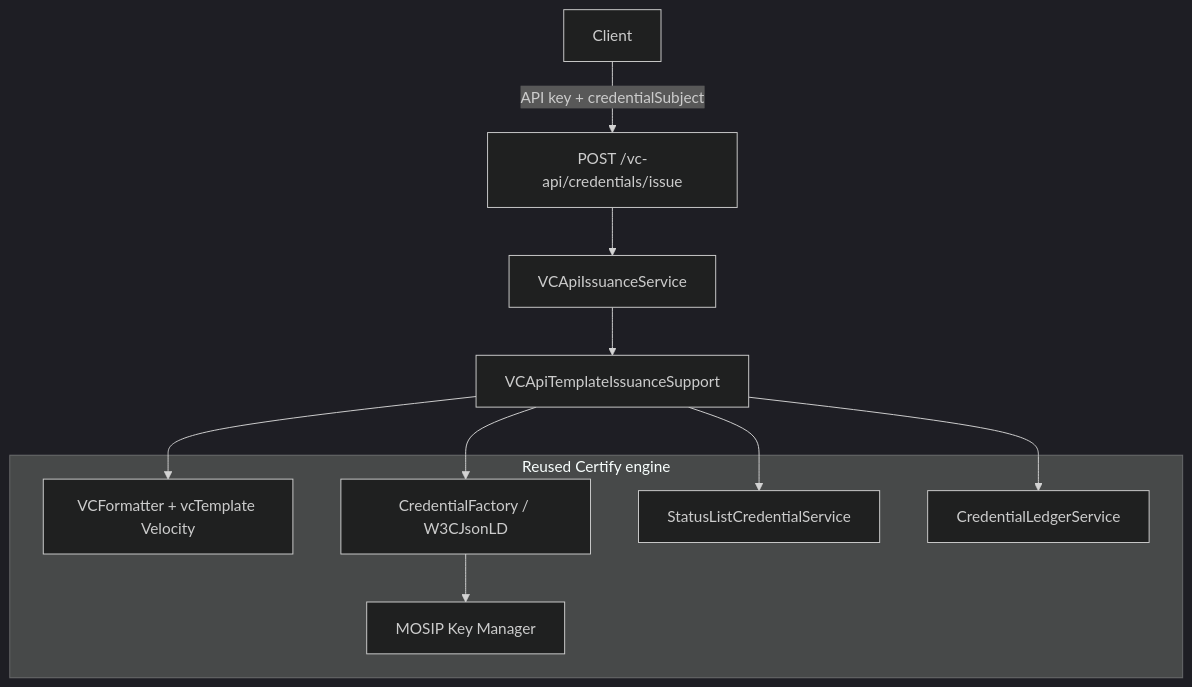
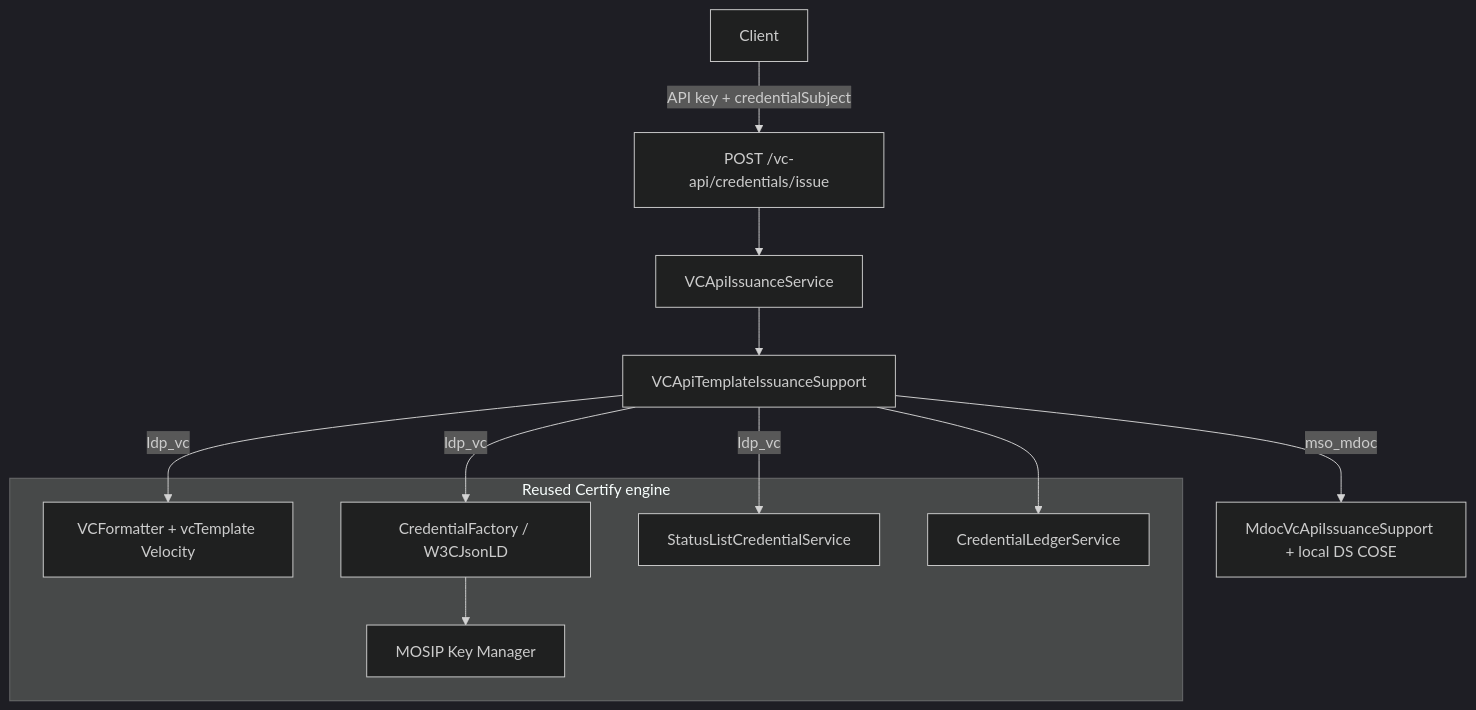
One commit to ooru-digital/inji-certify changed the first of 2 diagrams in docs/W3C-VC-API-Support.md. Above: the diagram before and after it, drawn with Mermaid (dark theme). The commit also changed other lines of this file and 24 other files, not shown here.

Commit message:
Feature: Updated the w3c api to support w3c vc issuance aswell as mdoc issuance.

````diff
--- a/docs/W3C-VC-API-Support.md
+++ b/docs/W3C-VC-API-Support.md
@@ -94,22 +106,23 @@
 ```mermaid
 flowchart TB
     Client[Client]
     VCAPI["POST /vc-api/credentials/issue"]
     VAS[VCApiIssuanceService]
     Support[VCApiTemplateIssuanceSupport]
 
     subgraph engine [Reused Certify engine]
         VF[VCFormatter + vcTemplate Velocity]
         CF[CredentialFactory / W3CJsonLD]
         ST[StatusListCredentialService]
         LD[CredentialLedgerService]
         KM[MOSIP Key Manager]
     end
 
     Client -->|"API key + credentialSubject"| VCAPI --> VAS --> Support
-    Support --> VF
-    Support --> ST
-    Support --> CF
+    Support -->|ldp_vc| VF
+    Support -->|ldp_vc| ST
+    Support -->|ldp_vc| CF
     CF --> KM
     Support --> LD
+    Support -->|mso_mdoc| MdocPath[MdocVcApiIssuanceSupport + local DS COSE]
 ```
````
